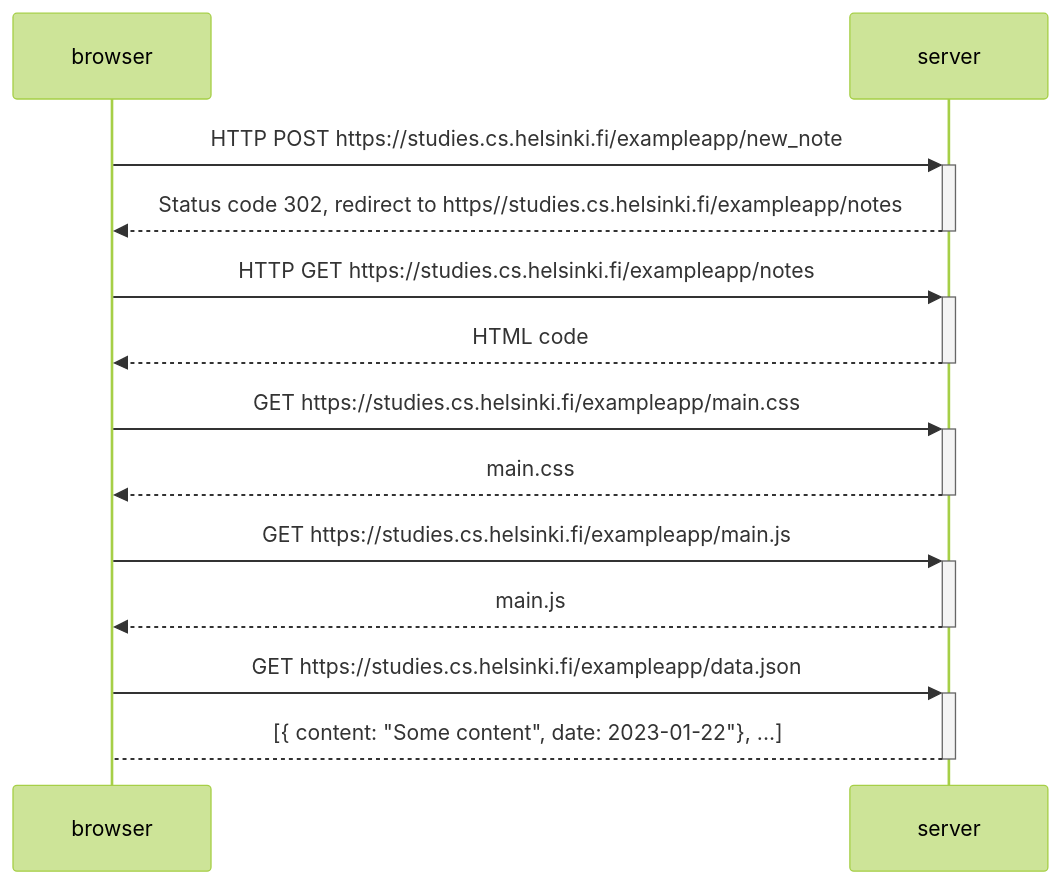
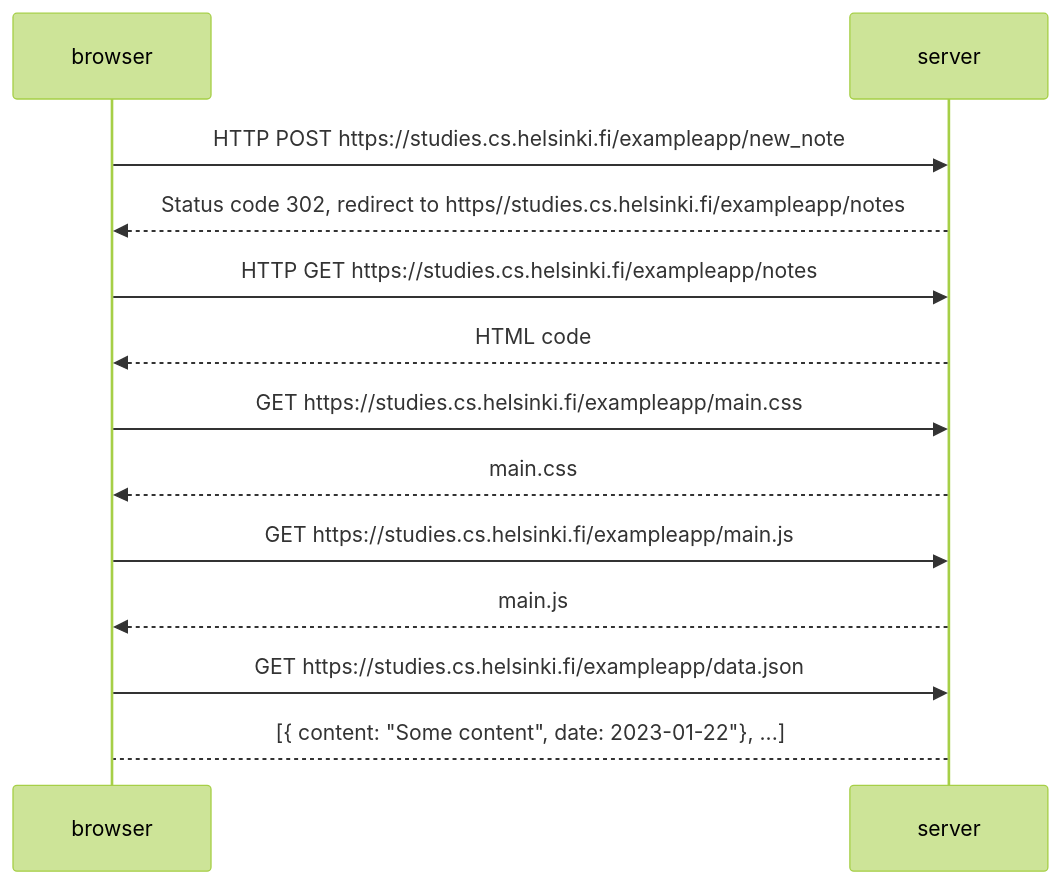
The diagram in part0/0.4-new-note.md (NooraKemp/full-stack-open-course), drawn with Mermaid (forest theme) before and after one commit.

Commit message:
update task 4

````diff
--- a/part0/0.4-new-note.md
+++ b/part0/0.4-new-note.md
@@ -4,25 +4,25 @@
 ```mermaid
 sequenceDiagram
     participant browser
     participant server
 
-    browser->>+server: HTTP POST https://studies.cs.helsinki.fi/exampleapp/new_note
+    browser->>server: HTTP POST https://studies.cs.helsinki.fi/exampleapp/new_note
     
-    server-->>-browser: Status code 302, redirect to https//studies.cs.helsinki.fi/exampleapp/notes
+    server-->>browser: Status code 302, redirect to https//studies.cs.helsinki.fi/exampleapp/notes
 
-    browser->>+server: HTTP GET https://studies.cs.helsinki.fi/exampleapp/notes
+    browser->>server: HTTP GET https://studies.cs.helsinki.fi/exampleapp/notes
 
-    server-->>-browser: HTML code
+    server-->>browser: HTML code
 
-    browser->>+server: GET https://studies.cs.helsinki.fi/exampleapp/main.css
+    browser->>server: GET https://studies.cs.helsinki.fi/exampleapp/main.css
 
-    server-->>-browser: main.css
+    server-->>browser: main.css
 
-    browser->>+server: GET https://studies.cs.helsinki.fi/exampleapp/main.js
+    browser->>server: GET https://studies.cs.helsinki.fi/exampleapp/main.js
 
-    server-->>-browser: main.js
+    server-->>browser: main.js
 
-    browser->>+server: GET https://studies.cs.helsinki.fi/exampleapp/data.json
+    browser->>server: GET https://studies.cs.helsinki.fi/exampleapp/data.json
 
-    server-->-browser: [{ content: "Some content", date: 2023-01-22"}, ...]
+    server-->browser: [{ content: "Some content", date: 2023-01-22"}, ...]
 ```
````
